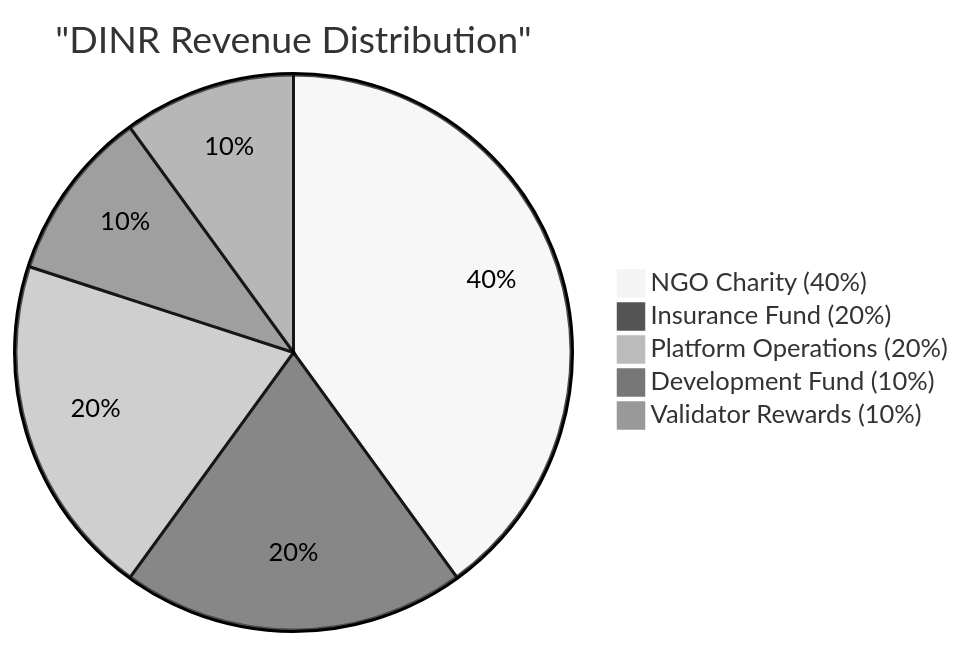
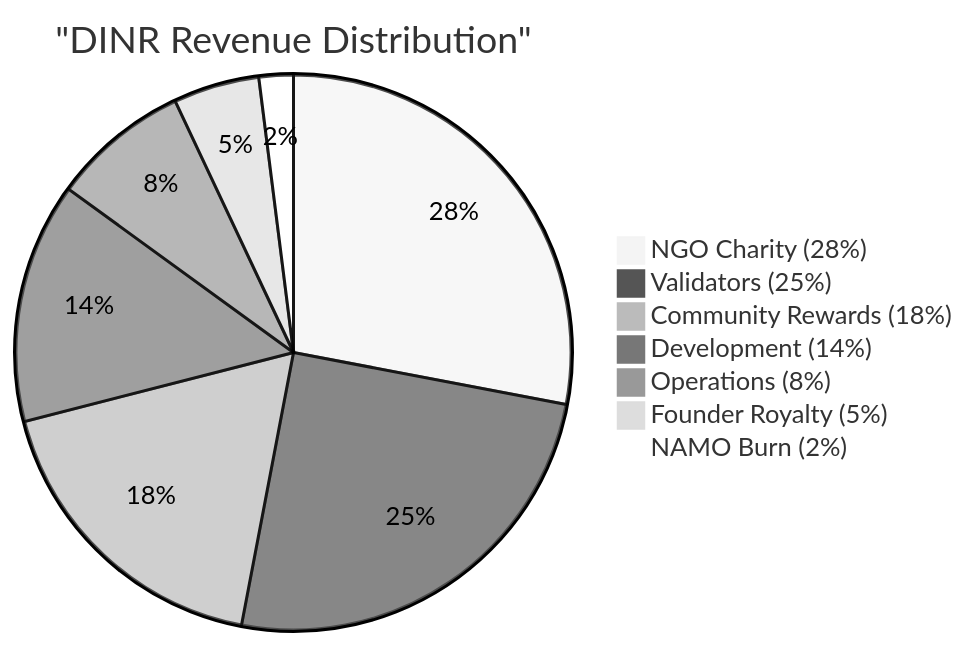
One commit to DeshChain/DeshChain-Ecosystem changed diagram 11 of 11 in docs/modules/DINR_MODULE.md. Above: the diagram before and after it, drawn with Mermaid (neutral theme). The commit also changed other lines of this file and 32 other files, not shown here.

````diff
--- a/docs/modules/DINR_MODULE.md
+++ b/docs/modules/DINR_MODULE.md
@@ -529,8 +537,10 @@
 ```mermaid
 pie title "DINR Revenue Distribution"
-    "NGO Charity (40%)" : 40
-    "Insurance Fund (20%)" : 20
-    "Platform Operations (20%)" : 20
-    "Development Fund (10%)" : 10
-    "Validator Rewards (10%)" : 10
+    "NGO Charity (28%)" : 28
+    "Validators (25%)" : 25
+    "Community Rewards (18%)" : 18
+    "Development (14%)" : 14
+    "Operations (8%)" : 8
+    "Founder Royalty (5%)" : 5
+    "NAMO Burn (2%)" : 2
 ```
````
